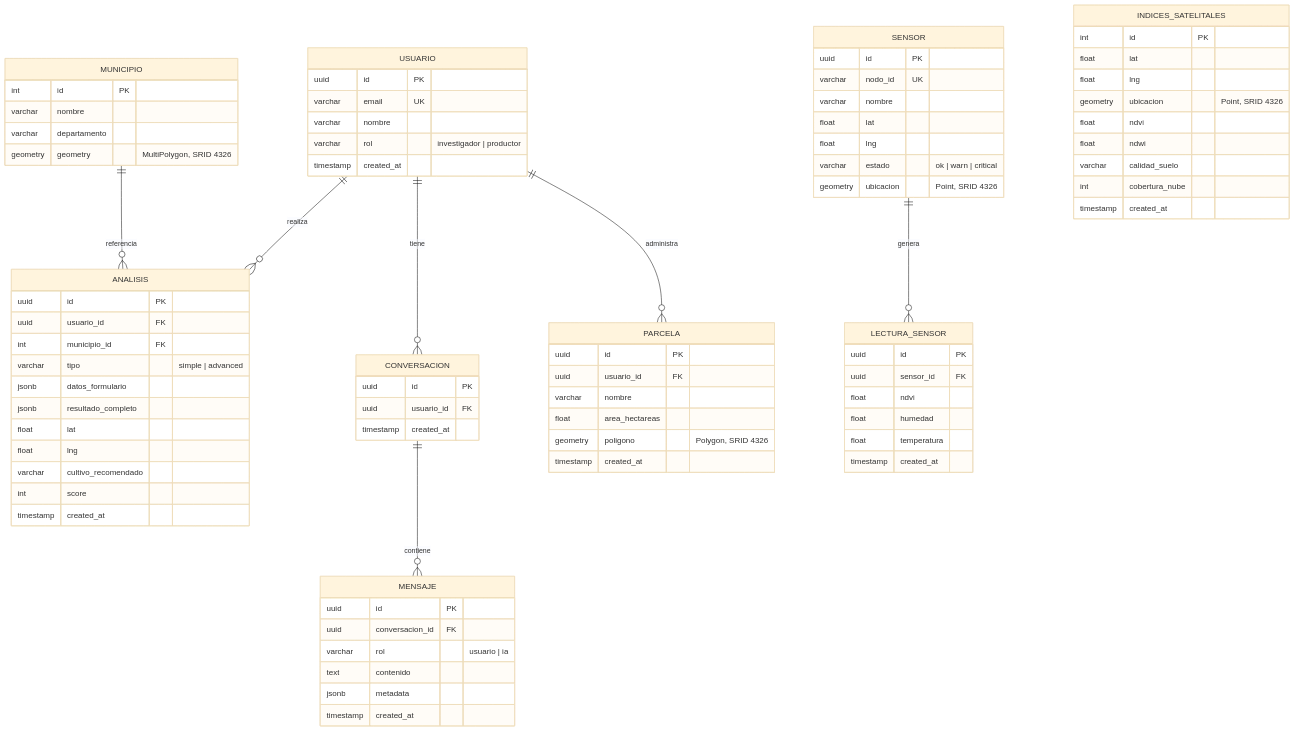
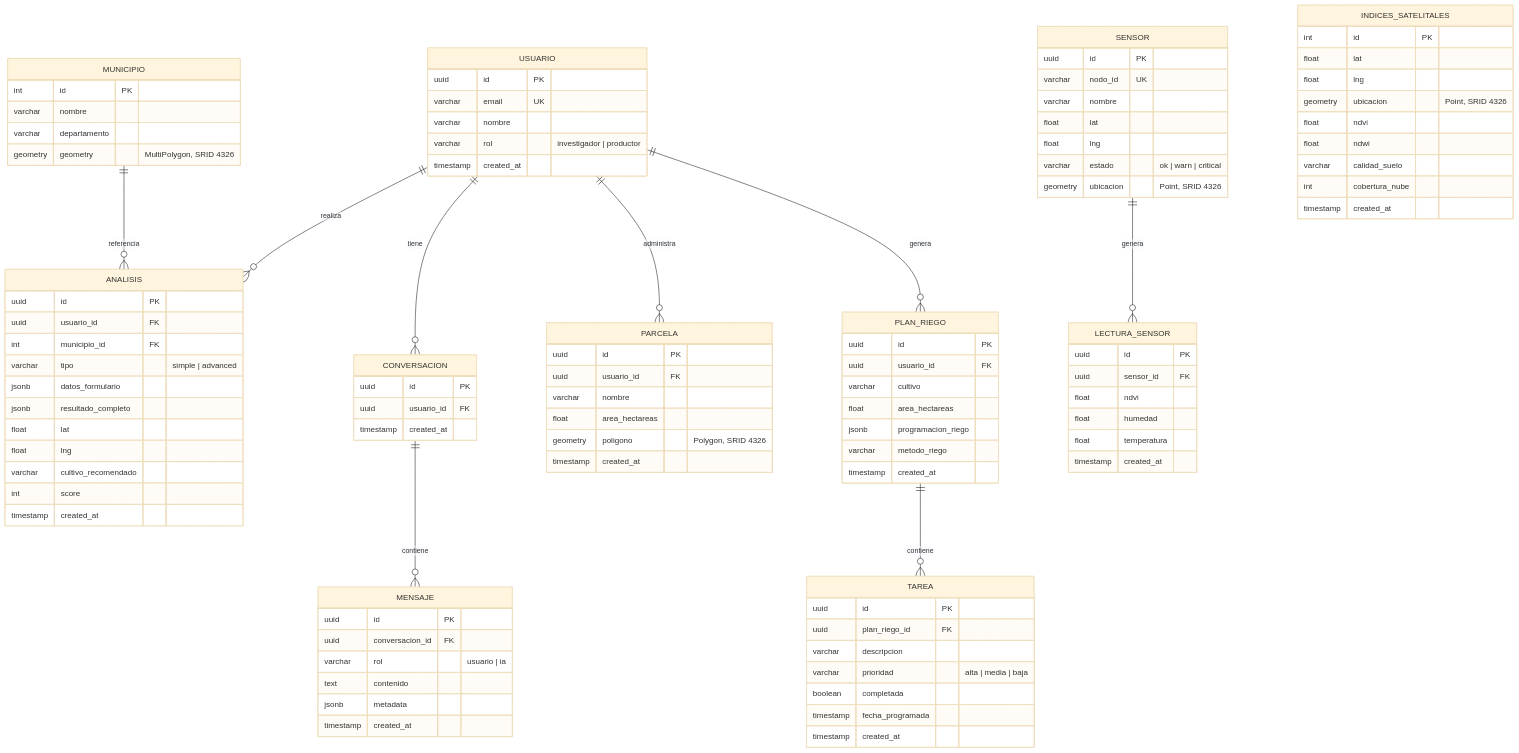
The diagram in docs/4-arquitectura/ARQUITECTURA_DB.md (jab16jy/TechCamp), drawn with Mermaid (base theme) before and after one commit. The commit also changed other lines of this file and 29 other files, not shown here.

````diff
--- a/docs/4-arquitectura/ARQUITECTURA_DB.md
+++ b/docs/4-arquitectura/ARQUITECTURA_DB.md
@@ -16,6 +16,9 @@
     MUNICIPIO ||--o{ ANALISIS : referencia
     SENSOR ||--o{ LECTURA_SENSOR : genera
     CONVERSACION ||--o{ MENSAJE : contiene
+
+    PLAN_RIEGO ||--o{ TAREA : contiene
+    USUARIO ||--o{ PLAN_RIEGO : genera
 
     ANALISIS {
         uuid id PK
@@ -100,4 +103,24 @@
         varchar rol "investigador | productor"
         timestamp created_at
     }
+
+    PLAN_RIEGO {
+        uuid id PK
+        uuid usuario_id FK
+        varchar cultivo
+        float area_hectareas
+        jsonb programacion_riego
+        varchar metodo_riego
+        timestamp created_at
+    }
+
+    TAREA {
+        uuid id PK
+        uuid plan_riego_id FK
+        varchar descripcion
+        varchar prioridad "alta | media | baja"
+        boolean completada
+        timestamp fecha_programada
+        timestamp created_at
+    }
 ```
````
